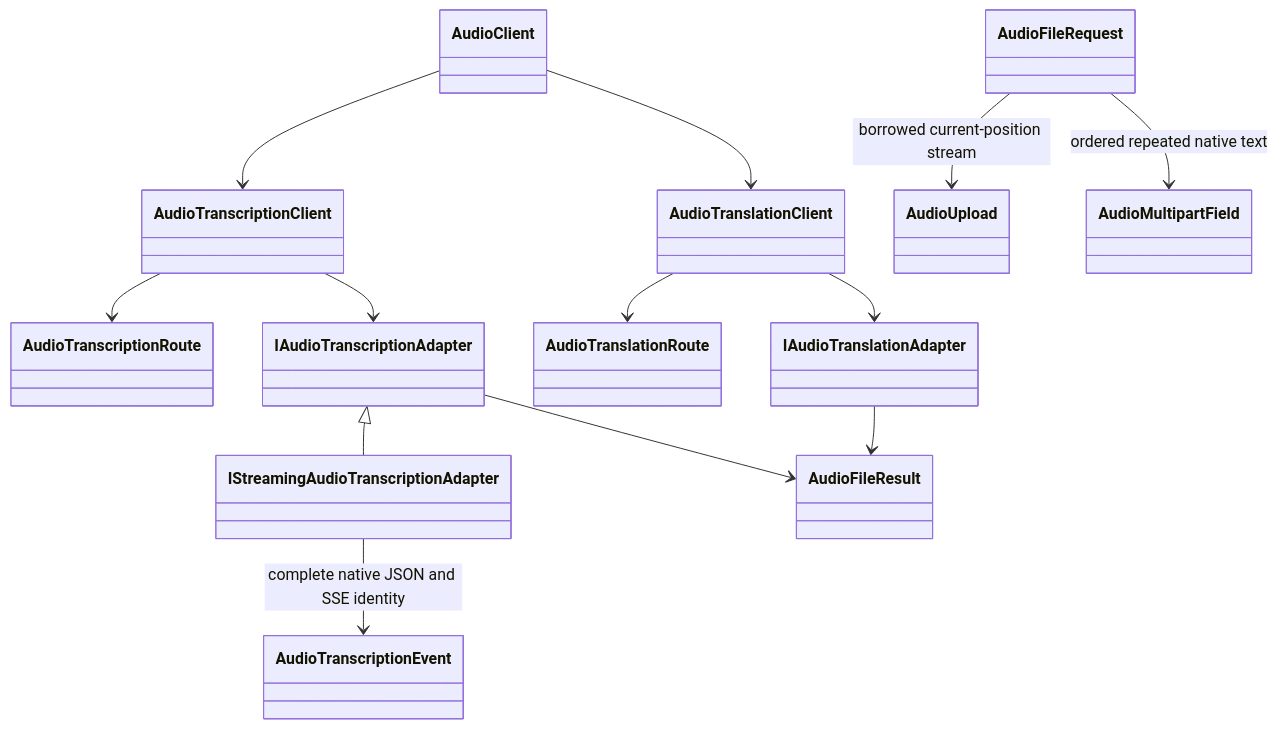
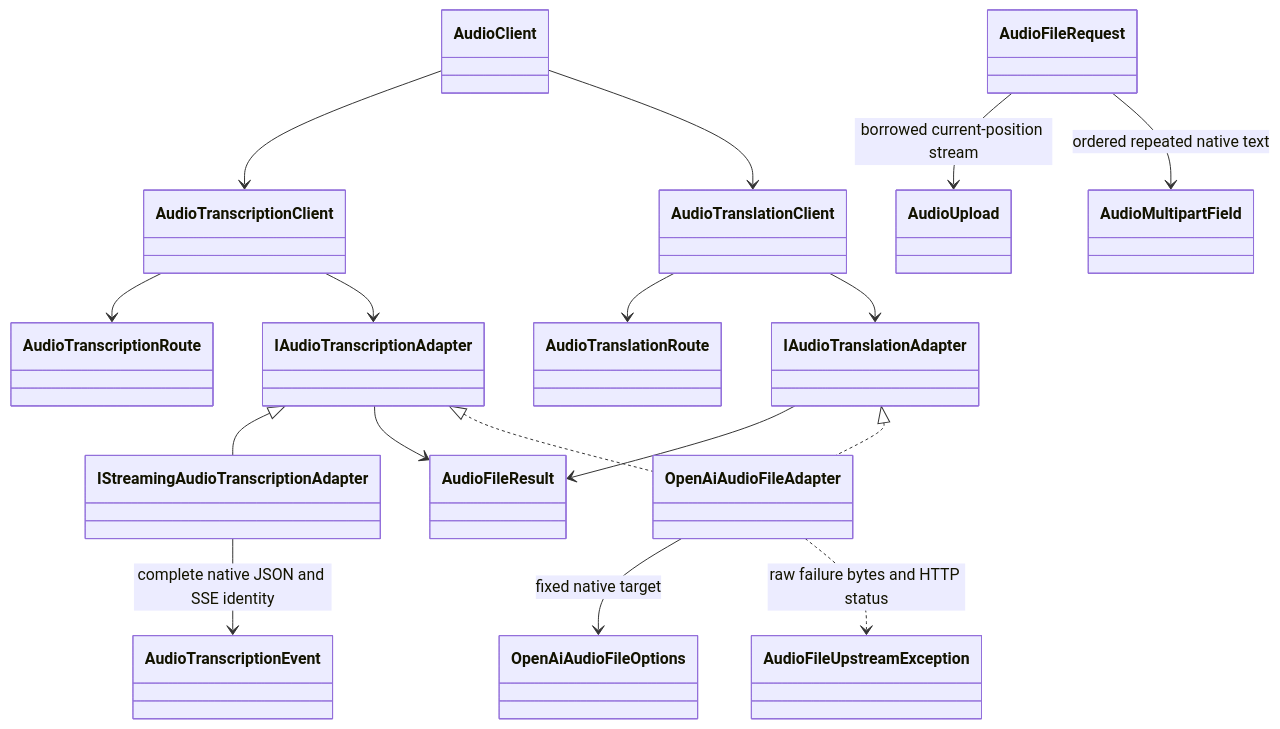
Before and after one commit to BenLampson/Asgard.Loki: diagram 16 of 25 in docs/architecture.md, drawn with Mermaid. The commit also changed other lines of this file and 26 other files, not shown here.

Commit message:
feat(audio): add native OpenAI multipart transcription and translation

````diff
--- a/docs/architecture.md
+++ b/docs/architecture.md
@@ -529,15 +529,19 @@
 ```mermaid
 classDiagram
 AudioClient --> AudioTranscriptionClient
 AudioClient --> AudioTranslationClient
 AudioTranscriptionClient --> AudioTranscriptionRoute
 AudioTranslationClient --> AudioTranslationRoute
 AudioTranscriptionClient --> IAudioTranscriptionAdapter
 IAudioTranscriptionAdapter <|-- IStreamingAudioTranscriptionAdapter
 AudioTranslationClient --> IAudioTranslationAdapter
 AudioFileRequest --> AudioUpload : borrowed current-position stream
 AudioFileRequest --> AudioMultipartField : ordered repeated native text
 IAudioTranscriptionAdapter --> AudioFileResult
 IAudioTranslationAdapter --> AudioFileResult
 IStreamingAudioTranscriptionAdapter --> AudioTranscriptionEvent : complete native JSON and SSE identity
+IAudioTranscriptionAdapter <|.. OpenAiAudioFileAdapter
+IAudioTranslationAdapter <|.. OpenAiAudioFileAdapter
+OpenAiAudioFileAdapter --> OpenAiAudioFileOptions : fixed native target
+OpenAiAudioFileAdapter ..> AudioFileUpstreamException : raw failure bytes and HTTP status
 ```
````
